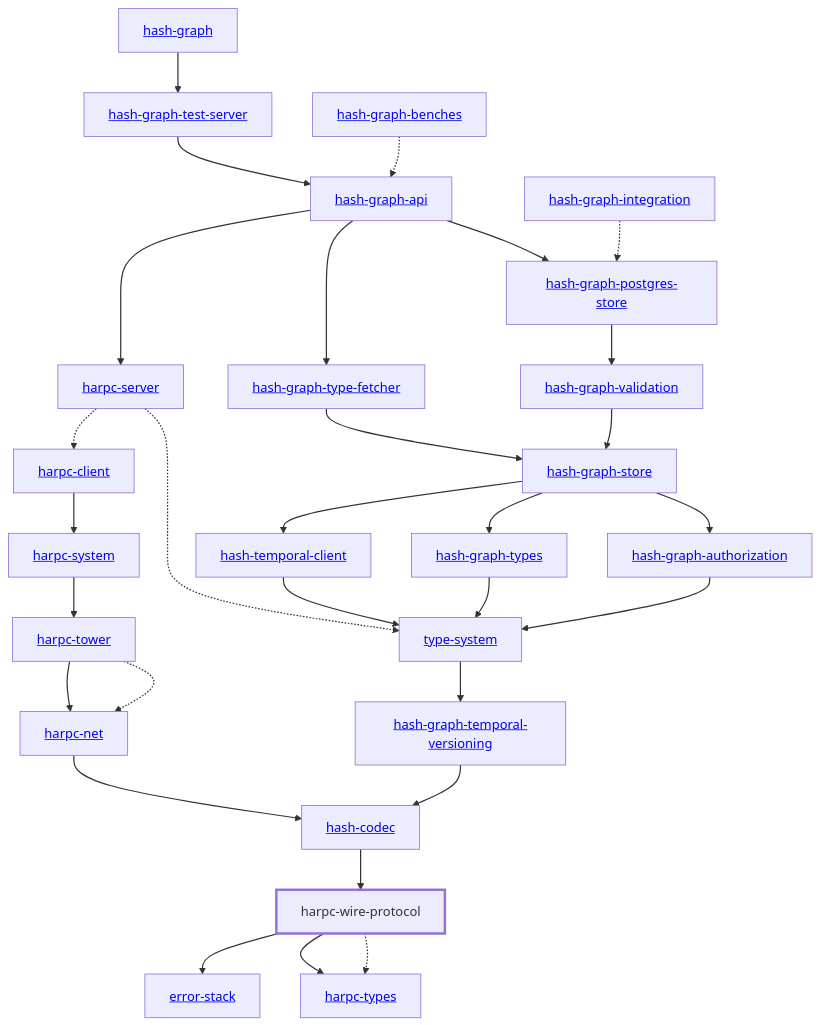
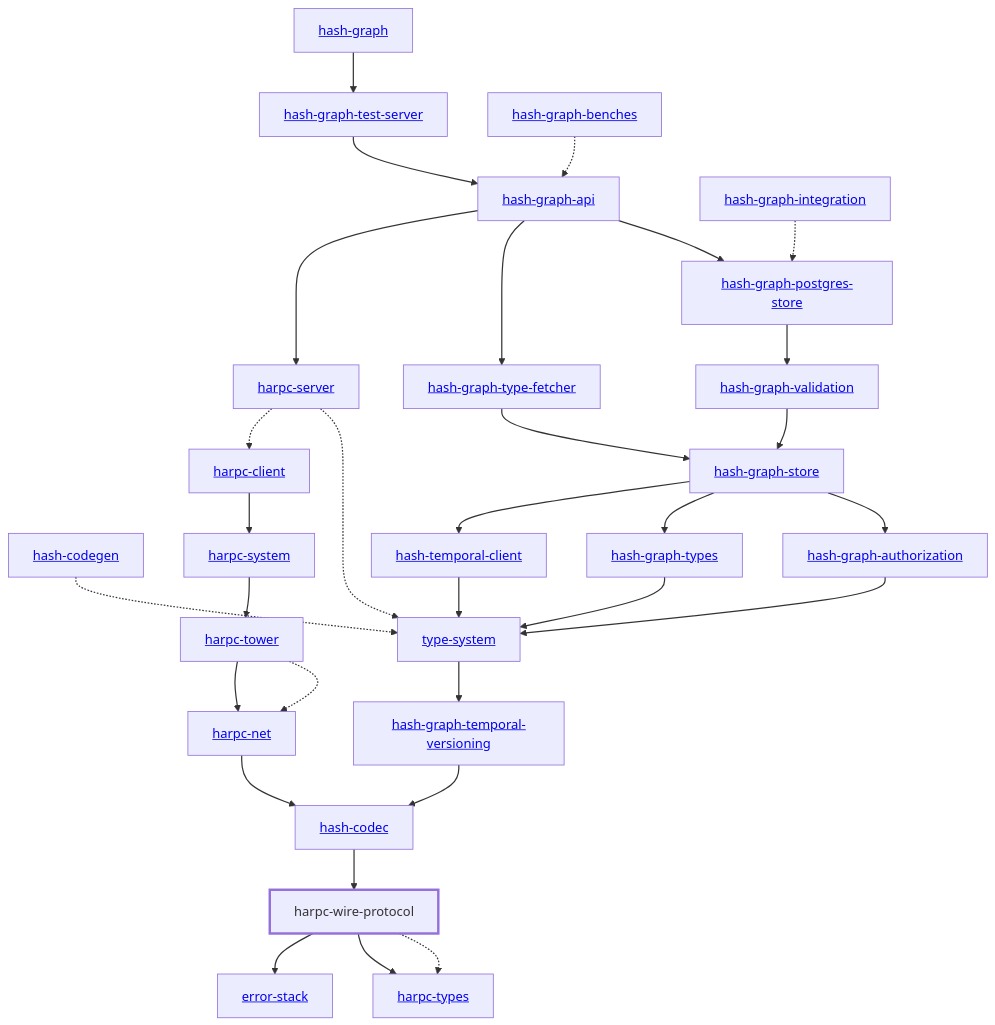
One commit to hashintel/hash changed the diagram in libs/@local/harpc/wire-protocol/docs/dependency-diagram.mmd. Above: the diagram before and after it, drawn with Mermaid. The commit also changed 6 other files, not shown here.

Commit message:
Fix dep-graph

```diff
--- a/libs/@local/harpc/wire-protocol/docs/dependency-diagram.mmd
+++ b/libs/@local/harpc/wire-protocol/docs/dependency-diagram.mmd
@@ -1,63 +1,65 @@
 graph TD
     linkStyle default stroke-width:1.5px
     classDef default stroke-width:1px
     classDef root stroke-width:3px
     classDef dev stroke-width:1px
     classDef build stroke-width:1px
     %% Legend
     %% --> : Normal dependency
     %% -.-> : Dev dependency
     %% ---> : Build dependency
     0[<a href="../hash_graph">hash-graph</a>]
     1[<a href="../type_system">type-system</a>]
     2[<a href="../hash_codec">hash-codec</a>]
-    3[<a href="../hash_graph_api">hash-graph-api</a>]
-    4[<a href="../hash_graph_authorization">hash-graph-authorization</a>]
-    5[<a href="../hash_graph_postgres_store">hash-graph-postgres-store</a>]
-    6[<a href="../hash_graph_store">hash-graph-store</a>]
-    7[<a href="../hash_graph_temporal_versioning">hash-graph-temporal-versioning</a>]
-    8[<a href="../hash_graph_test_server">hash-graph-test-server</a>]
-    9[<a href="../hash_graph_type_fetcher">hash-graph-type-fetcher</a>]
-    10[<a href="../hash_graph_types">hash-graph-types</a>]
-    11[<a href="../hash_graph_validation">hash-graph-validation</a>]
-    12[<a href="../harpc_client">harpc-client</a>]
-    13[<a href="../harpc_net">harpc-net</a>]
-    14[<a href="../harpc_server">harpc-server</a>]
-    15[<a href="../harpc_system">harpc-system</a>]
-    16[<a href="../harpc_tower">harpc-tower</a>]
-    17[<a href="../harpc_types">harpc-types</a>]
-    18[harpc-wire-protocol]
-    class 18 root
-    19[<a href="../hash_temporal_client">hash-temporal-client</a>]
-    20[<a href="../error_stack">error-stack</a>]
-    21[<a href="../hash_graph_benches">hash-graph-benches</a>]
-    22[<a href="../hash_graph_integration">hash-graph-integration</a>]
-    0 --> 8
-    1 --> 7
-    2 --> 18
-    3 --> 5
-    3 --> 9
-    3 --> 14
-    4 --> 1
-    5 --> 11
-    6 --> 4
-    6 --> 10
-    6 --> 19
-    7 --> 2
-    8 --> 3
-    9 --> 6
-    10 --> 1
-    11 --> 6
-    12 --> 15
-    13 --> 2
-    14 -.-> 1
-    14 -.-> 12
-    15 --> 16
-    16 -.-> 13
-    16 --> 13
-    18 -.-> 17
-    18 --> 17
-    18 --> 20
-    19 --> 1
-    21 -.-> 3
-    22 -.-> 5
+    3[<a href="../hash_codegen">hash-codegen</a>]
+    4[<a href="../hash_graph_api">hash-graph-api</a>]
+    5[<a href="../hash_graph_authorization">hash-graph-authorization</a>]
+    6[<a href="../hash_graph_postgres_store">hash-graph-postgres-store</a>]
+    7[<a href="../hash_graph_store">hash-graph-store</a>]
+    8[<a href="../hash_graph_temporal_versioning">hash-graph-temporal-versioning</a>]
+    9[<a href="../hash_graph_test_server">hash-graph-test-server</a>]
+    10[<a href="../hash_graph_type_fetcher">hash-graph-type-fetcher</a>]
+    11[<a href="../hash_graph_types">hash-graph-types</a>]
+    12[<a href="../hash_graph_validation">hash-graph-validation</a>]
+    13[<a href="../harpc_client">harpc-client</a>]
+    14[<a href="../harpc_net">harpc-net</a>]
+    15[<a href="../harpc_server">harpc-server</a>]
+    16[<a href="../harpc_system">harpc-system</a>]
+    17[<a href="../harpc_tower">harpc-tower</a>]
+    18[<a href="../harpc_types">harpc-types</a>]
+    19[harpc-wire-protocol]
+    class 19 root
+    20[<a href="../hash_temporal_client">hash-temporal-client</a>]
+    21[<a href="../error_stack">error-stack</a>]
+    22[<a href="../hash_graph_benches">hash-graph-benches</a>]
+    23[<a href="../hash_graph_integration">hash-graph-integration</a>]
+    0 --> 9
+    1 --> 8
+    2 --> 19
+    3 -.-> 1
+    4 --> 6
+    4 --> 10
+    4 --> 15
+    5 --> 1
+    6 --> 12
+    7 --> 5
+    7 --> 11
+    7 --> 20
+    8 --> 2
+    9 --> 4
+    10 --> 7
+    11 --> 1
+    12 --> 7
+    13 --> 16
+    14 --> 2
+    15 -.-> 1
+    15 -.-> 13
+    16 --> 17
+    17 -.-> 14
+    17 --> 14
+    19 -.-> 18
+    19 --> 18
+    19 --> 21
+    20 --> 1
+    22 -.-> 4
+    23 -.-> 6
```
